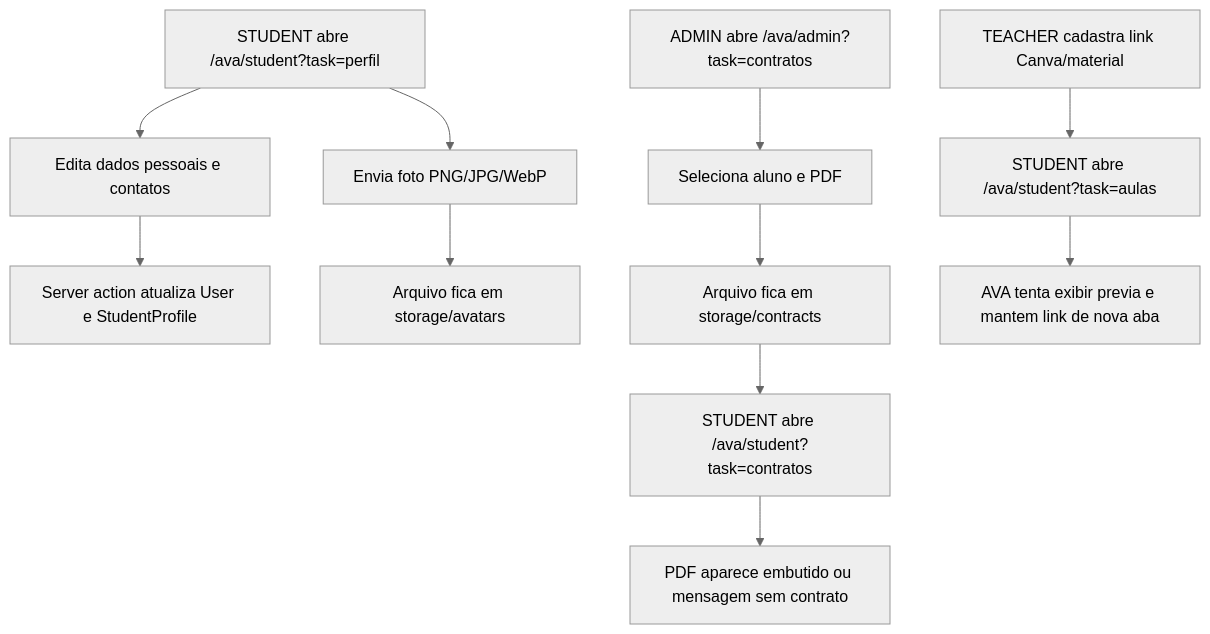
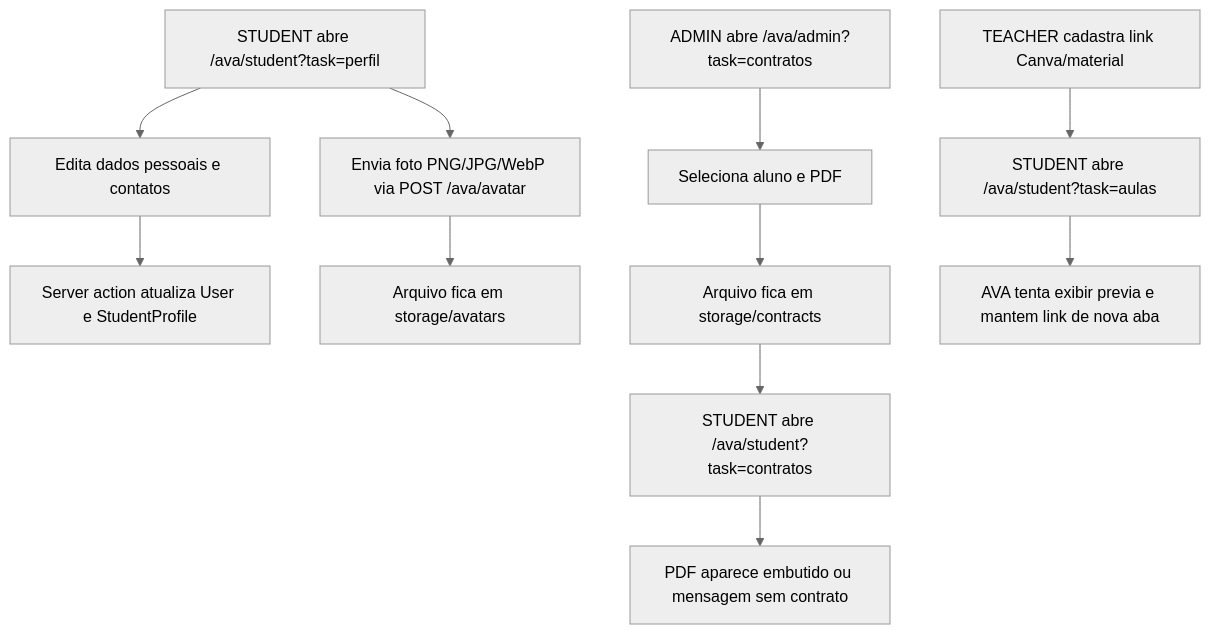
Diagram 12 of 13 in docs/fluxos-ava.md (WilliYY/Candy-English), drawn with Mermaid (neutral theme) before and after one commit. The commit also changed other lines of this file and 7 other files, not shown here.

Commit message:
Refactor AVA avatar upload flow

````diff
--- a/docs/fluxos-ava.md
+++ b/docs/fluxos-ava.md
@@ -245,13 +245,13 @@
 ```mermaid
 flowchart TD
   A["STUDENT abre /ava/student?task=perfil"] --> B["Edita dados pessoais e contatos"]
   B --> C["Server action atualiza User e StudentProfile"]
-  A --> D["Envia foto PNG/JPG/WebP"]
+  A --> D["Envia foto PNG/JPG/WebP via POST /ava/avatar"]
   D --> E["Arquivo fica em storage/avatars"]
   F["ADMIN abre /ava/admin?task=contratos"] --> G["Seleciona aluno e PDF"]
   G --> H["Arquivo fica em storage/contracts"]
   H --> I["STUDENT abre /ava/student?task=contratos"]
   I --> J["PDF aparece embutido ou mensagem sem contrato"]
   K["TEACHER cadastra link Canva/material"] --> L["STUDENT abre /ava/student?task=aulas"]
   L --> M["AVA tenta exibir previa e mantem link de nova aba"]
 ```
````
